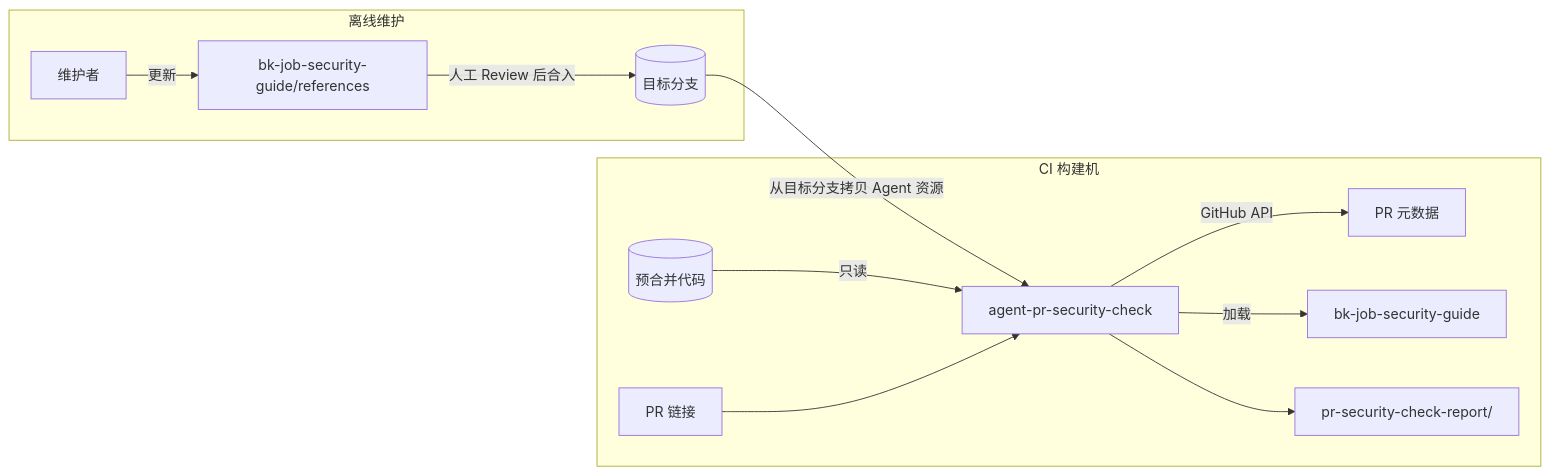
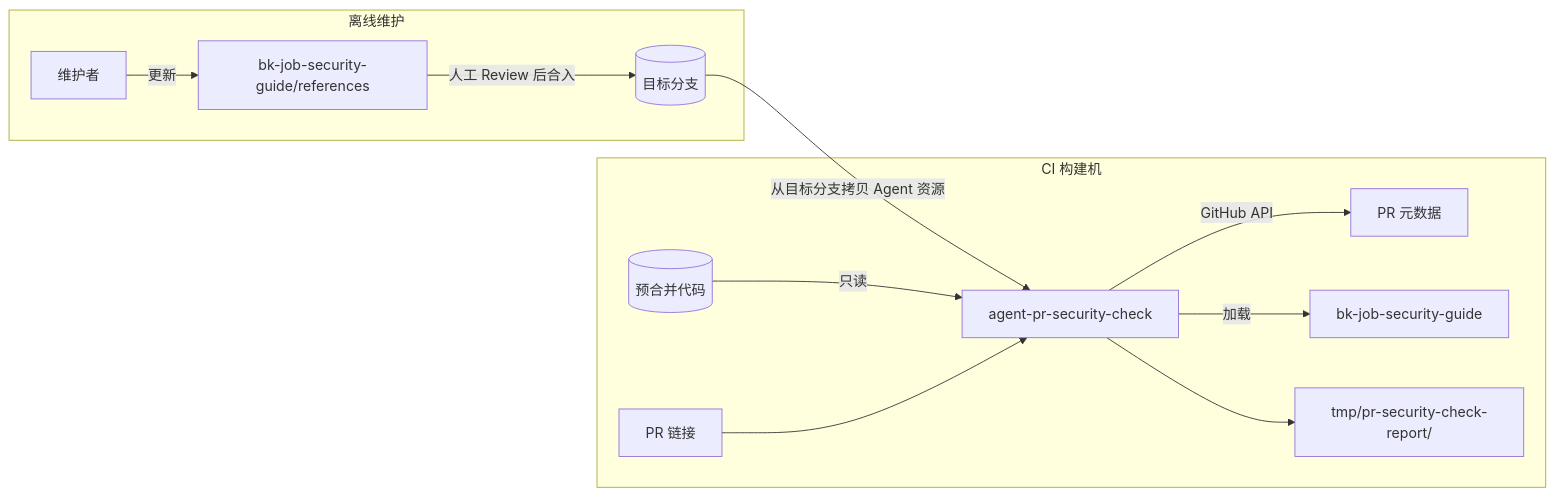
One commit to TencentBlueKing/bk-job changed the diagram in ai_agent/pr_check/README.md. Above: the diagram before and after it, drawn with Mermaid. The commit also changed other lines of this file and 5 other files, not shown here.

````diff
--- a/ai_agent/pr_check/README.md
+++ b/ai_agent/pr_check/README.md
@@ -39,15 +39,15 @@
 ```mermaid
 graph LR
     subgraph 离线维护
         M[维护者] -->|更新| R[bk-job-security-guide/references]
         R -->|人工 Review 后合入| BASE[(目标分支)]
     end
     subgraph CI 构建机
         BASE -->|从目标分支拷贝 Agent 资源| A[agent-pr-security-check]
         PR[(预合并代码)] -->|只读| A
         URL[PR 链接] --> A
         A -->|GitHub API| META[PR 元数据]
         A -->|加载| S[bk-job-security-guide]
-        A --> OUT[pr-security-check-report/]
+        A --> OUT[tmp/pr-security-check-report/]
     end
 ```
````
